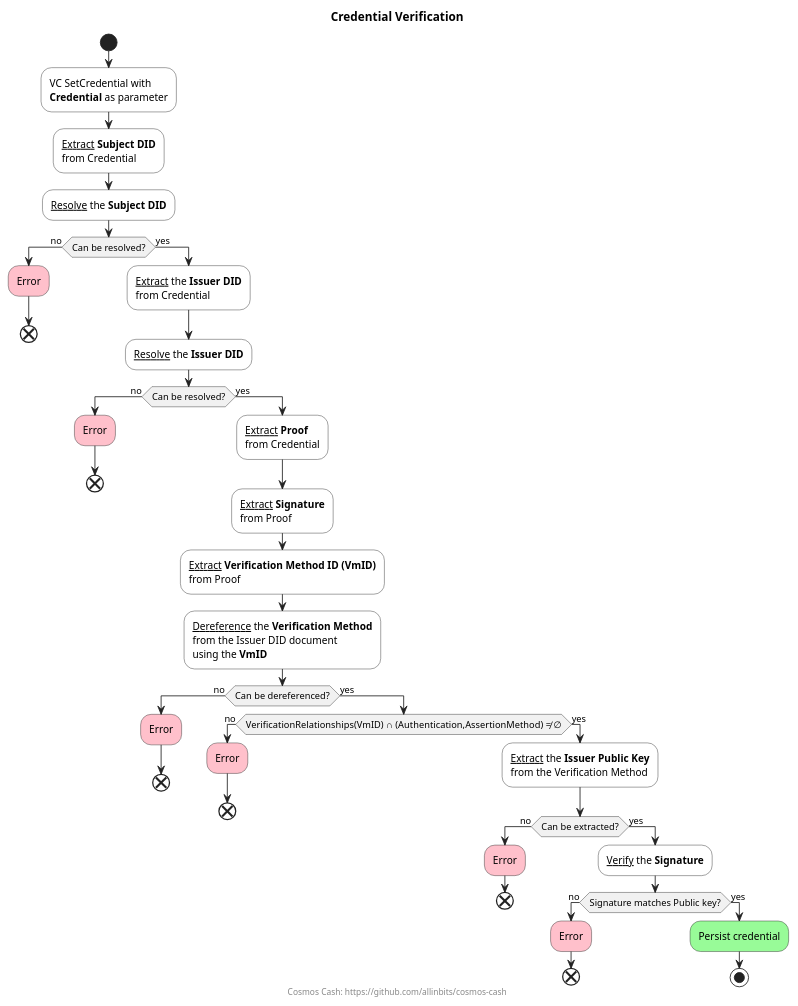
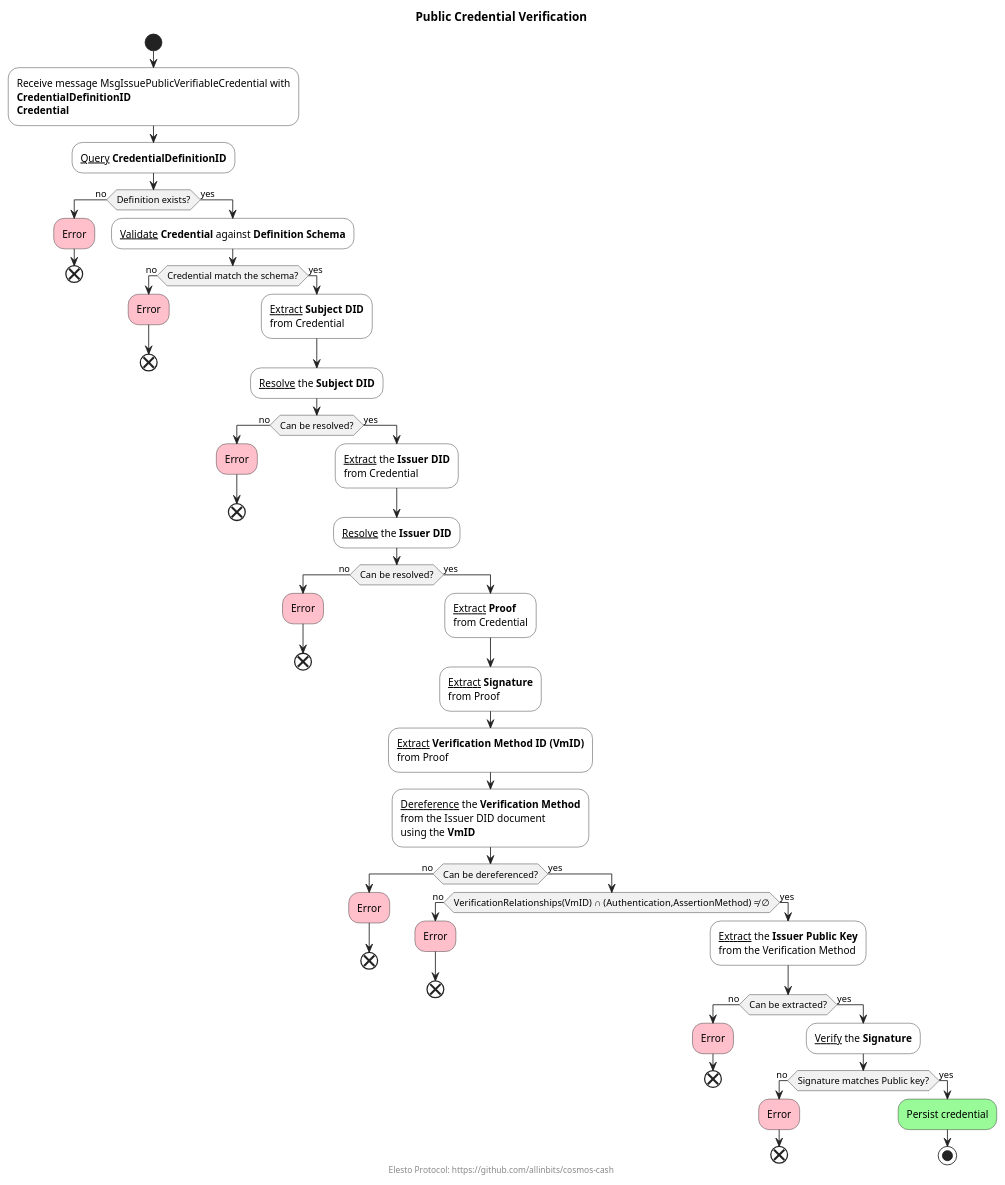
The diagram in docs/assets/diagrams/src/credentials_validate_proof.puml (elesto-dao/elesto), drawn with PlantUML before and after one commit. The commit also changed 1 other file, not shown here.

Commit message:
docs: add verification diagram for pvc

```diff
--- a/docs/assets/diagrams/src/credentials_validate_proof.puml
+++ b/docs/assets/diagrams/src/credentials_validate_proof.puml
@@ -1,68 +1,79 @@
 @startuml
-title Credential Verification
-footer Cosmos Cash: https://github.com/allinbits/cosmos-cash
+title Public Credential Verification
+footer Elesto Protocol: https://github.com/allinbits/cosmos-cash
 
 <style>
 activityDiagram {
   LineColor #222
   FontName sans
 }
 </style>
 skinparam monochrome false
 skinparam shadowing false
 
 start
-#white:VC SetCredential with
-**Credential** as parameter;
-#white:__Extract__ **Subject DID**
-from Credential;
-#white:__Resolve__ the **Subject DID**;
-if (Can be resolved?) then (no)
+#white:Receive message MsgIssuePublicVerifiableCredential with
+**CredentialDefinitionID**  
+**Credential**;
+#white:__Query__ **CredentialDefinitionID**;
+if (Definition exists?) then (no)
     #pink:Error;
     end
 else (yes)
-    #white:__Extract__ the **Issuer DID**
-    from Credential;
-    #white:__Resolve__ the **Issuer DID**;
-    if (Can be resolved?) then (no)
+    #white:__Validate__ **Credential** against **Definition Schema**;
+    if (Credential match the schema?) then (no)
         #pink:Error;
         end
     else (yes)
-        #white:__Extract__ **Proof**
+        #white:__Extract__ **Subject DID**
         from Credential;
-        #white:__Extract__ **Signature**
-        from Proof;
-        #white:__Extract__ **Verification Method ID (VmID)**
-        from Proof;
-        #white:__Dereference__ the **Verification Method**
-        from the Issuer DID document
-        using the **VmID**;
-        if (Can be dereferenced?) then (no)
+        #white:__Resolve__ the **Subject DID**;
+        if (Can be resolved?) then (no)
             #pink:Error;
             end
         else (yes)
-            if (VerificationRelationships(VmID) ∩ (Authentication,AssertionMethod) ≠ ∅) then (no)
+            #white:__Extract__ the **Issuer DID**
+            from Credential;
+            #white:__Resolve__ the **Issuer DID**;
+            if (Can be resolved?) then (no)
                 #pink:Error;
                 end
             else (yes)
-                #white:__Extract__ the **Issuer Public Key**
-                from the Verification Method;
-                if (Can be extracted?) then (no)
+                #white:__Extract__ **Proof**
+                from Credential;
+                #white:__Extract__ **Signature**
+                from Proof;
+                #white:__Extract__ **Verification Method ID (VmID)**
+                from Proof;
+                #white:__Dereference__ the **Verification Method**
+                from the Issuer DID document
+                using the **VmID**;
+                if (Can be dereferenced?) then (no)
                     #pink:Error;
                     end
                 else (yes)
-                   #white:__Verify__ the **Signature**;
-                   if (Signature matches Public key?) then (no)
-                       #pink:Error;
-                       end
-                   else (yes)
-                       #palegreen:Persist credential;
-                       stop
-                   endif
+                    if (VerificationRelationships(VmID) ∩ (Authentication,AssertionMethod) ≠ ∅) then (no)
+                        #pink:Error;
+                        end
+                    else (yes)
+                        #white:__Extract__ the **Issuer Public Key**
+                        from the Verification Method;
+                        if (Can be extracted?) then (no)
+                            #pink:Error;
+                            end
+                        else (yes)
+                        #white:__Verify__ the **Signature**;
+                        if (Signature matches Public key?) then (no)
+                            #pink:Error;
+                            end
+                        else (yes)
+                            #palegreen:Persist credential;
+                            stop
+                        endif
+                    endif
                 endif
             endif
         endif
     endif
 endif
-
 @enduml
```
